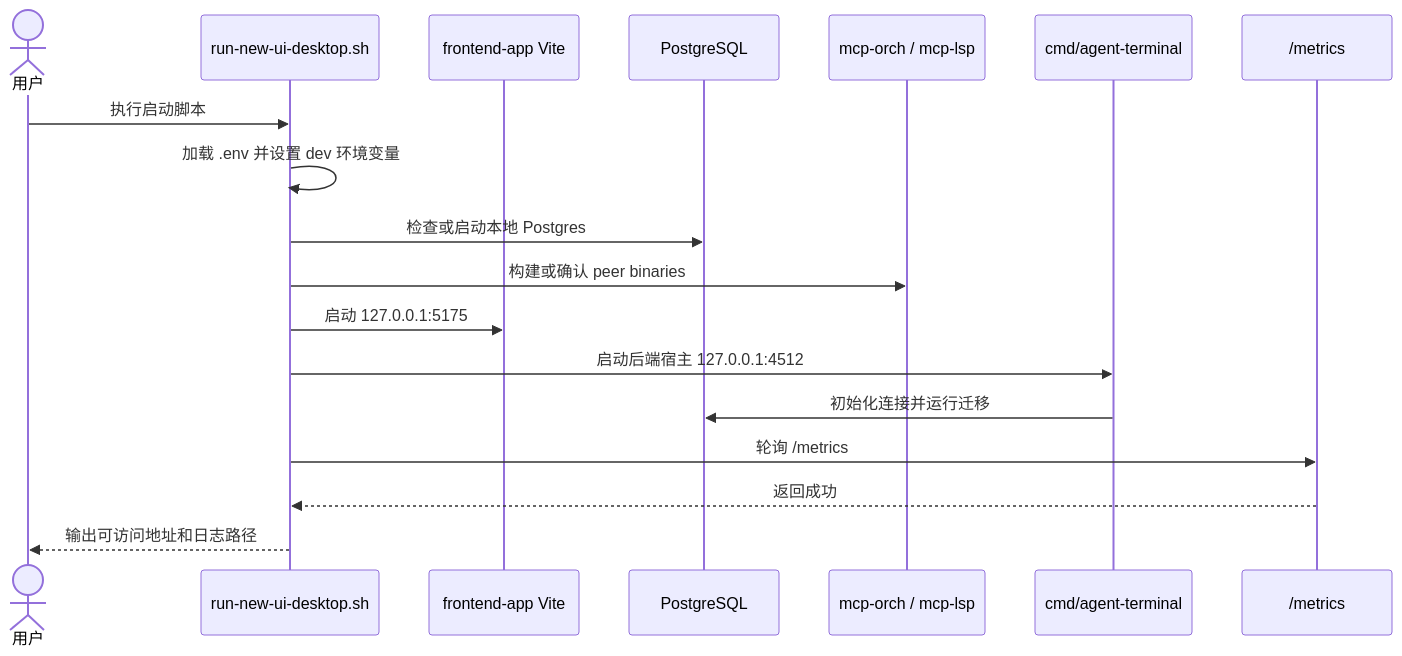
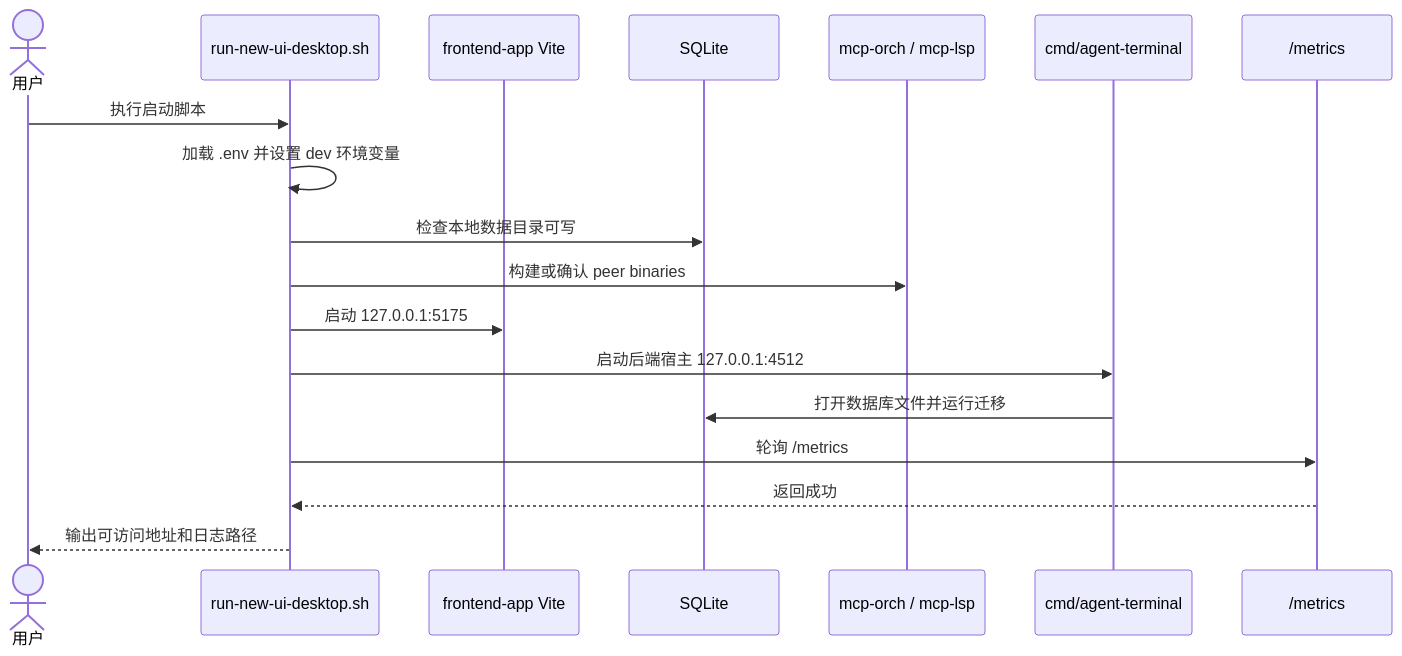
Before and after one commit to lihah111222333-cloud/Super-Dolphin-Agent-Cockpit: the first of 4 diagrams in docs/ai01-docs/project-sop/05-interfaces-and-sequences.md, drawn with Mermaid. The commit also changed other lines of this file and 319 other files, not shown here.

First line of the commit message:
修复 SQLite 存储语义并删除 PostgreSQL 遗留

````diff
--- a/docs/ai01-docs/project-sop/05-interfaces-and-sequences.md
+++ b/docs/ai01-docs/project-sop/05-interfaces-and-sequences.md
@@ -32,21 +32,21 @@
 ```mermaid
 sequenceDiagram
   actor User as 用户
   participant Script as run-new-ui-desktop.sh
   participant Vite as frontend-app Vite
-  participant PG as PostgreSQL
+  participant DB as SQLite
   participant Peers as mcp-orch / mcp-lsp
   participant Host as cmd/agent-terminal
   participant Metrics as /metrics
 
   User->>Script: 执行启动脚本
   Script->>Script: 加载 .env 并设置 dev 环境变量
-  Script->>PG: 检查或启动本地 Postgres
+  Script->>DB: 检查本地数据目录可写
   Script->>Peers: 构建或确认 peer binaries
   Script->>Vite: 启动 127.0.0.1:5175
   Script->>Host: 启动后端宿主 127.0.0.1:4512
-  Host->>PG: 初始化连接并运行迁移
+  Host->>DB: 打开数据库文件并运行迁移
   Script->>Metrics: 轮询 /metrics
   Metrics-->>Script: 返回成功
   Script-->>User: 输出可访问地址和日志路径
 ```
````
